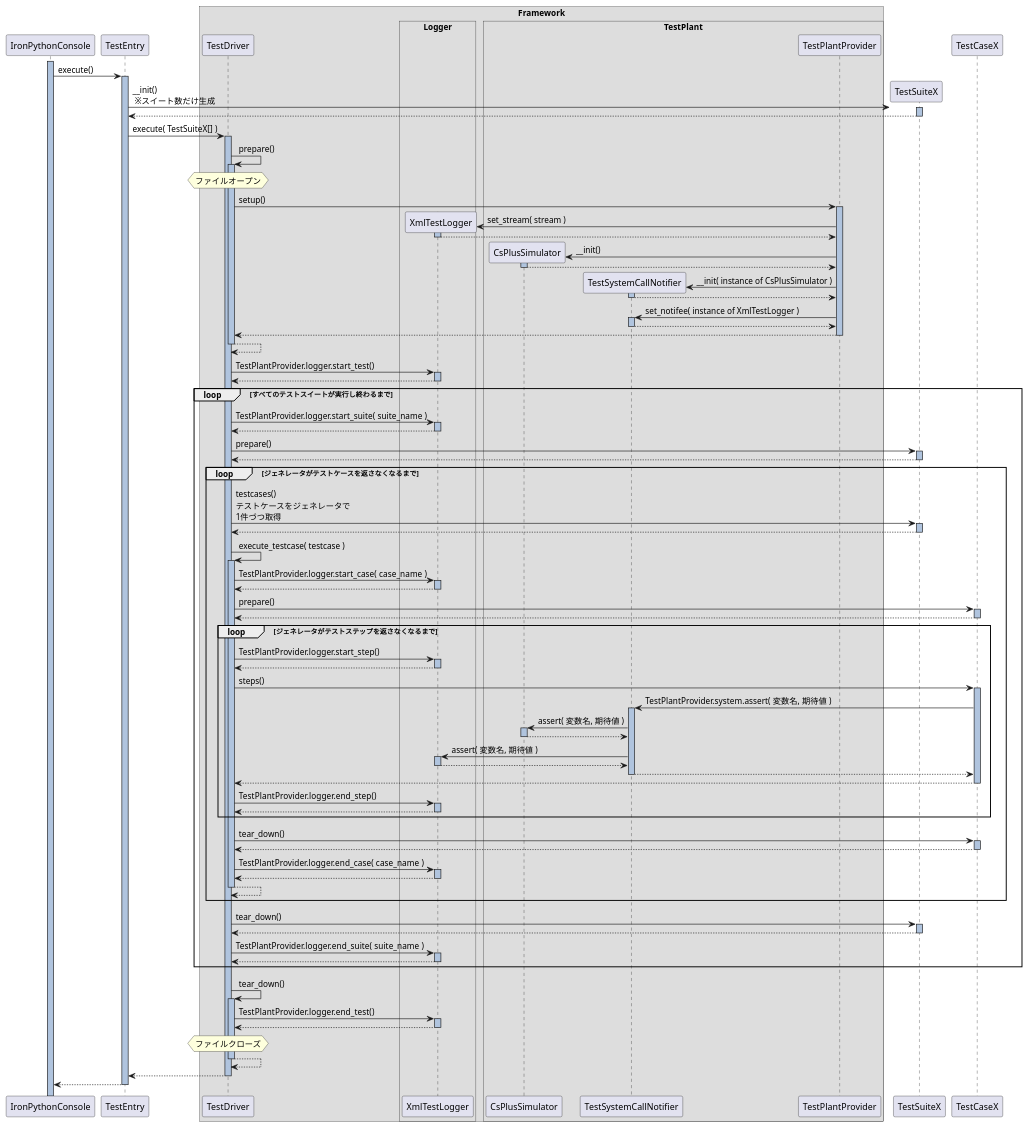
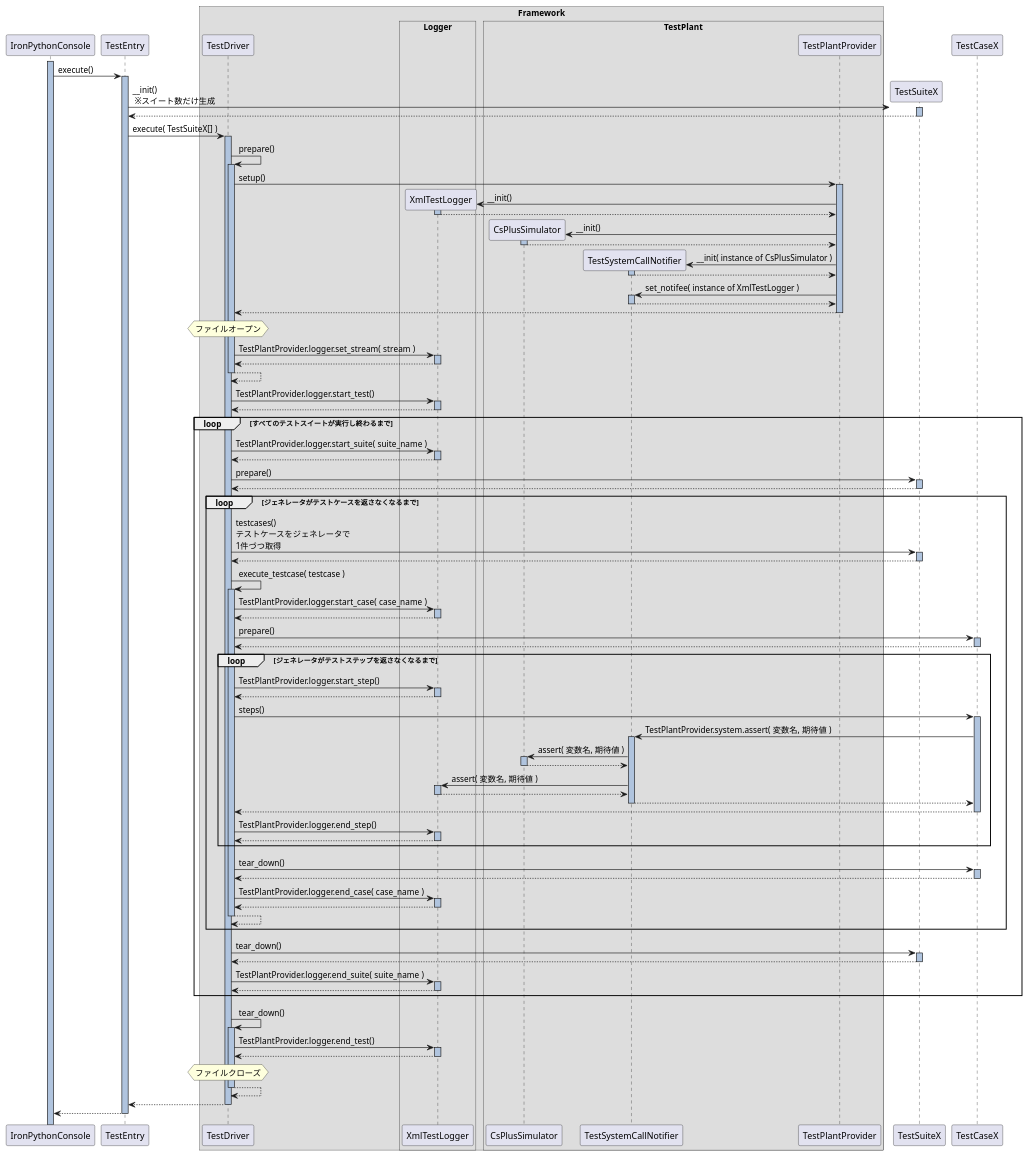
One commit to shiftdownet/itestpf changed the fourth of 4 diagrams in docs/design.md. Above: the diagram before and after it, drawn with PlantUML. The commit also changed 1 other file, not shown here.

```diff
--- a/docs/design.md
+++ b/docs/design.md
@@ -183,13 +183,12 @@
     TestEntry -> TestDriver  : execute( TestSuiteX[] )
 
         TestDriver -> TestDriver  : prepare()
-            hnote over TestDriver : ファイルオープン
             '#----------------------------------------------------
             '# TestPlantProvider.setup()
             '#----------------------------------------------------
             TestDriver -> TestPlantProvider  : setup()
                 create XmlTestLogger
-                TestPlantProvider -> XmlTestLogger  : set_stream( stream )
+                TestPlantProvider -> XmlTestLogger  : __init()
                 return
                
                 create CsPlusSimulator
@@ -200,7 +199,10 @@
                 return
                 TestPlantProvider -> TestSystemCallNotifier  :  set_notifee( instance of XmlTestLogger )
                 return
+            return
 
+            hnote over TestDriver : ファイルオープン
+            TestDriver -> XmlTestLogger  : TestPlantProvider.logger.set_stream( stream )
             return
         return
 
```
